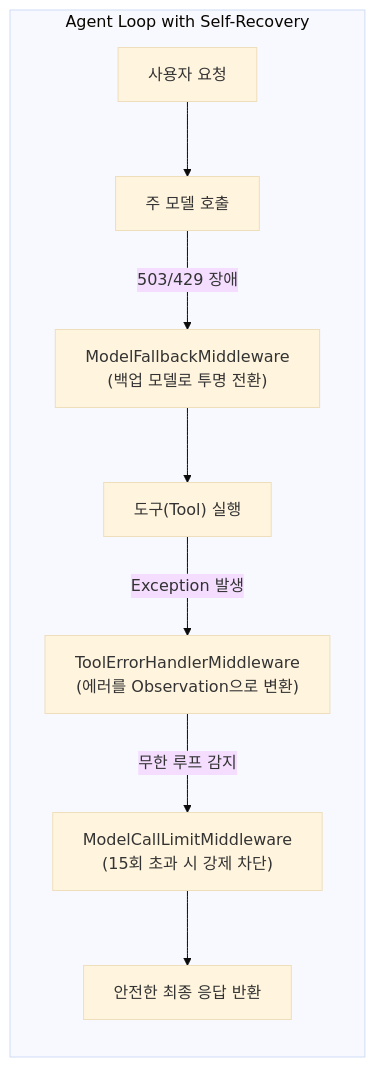
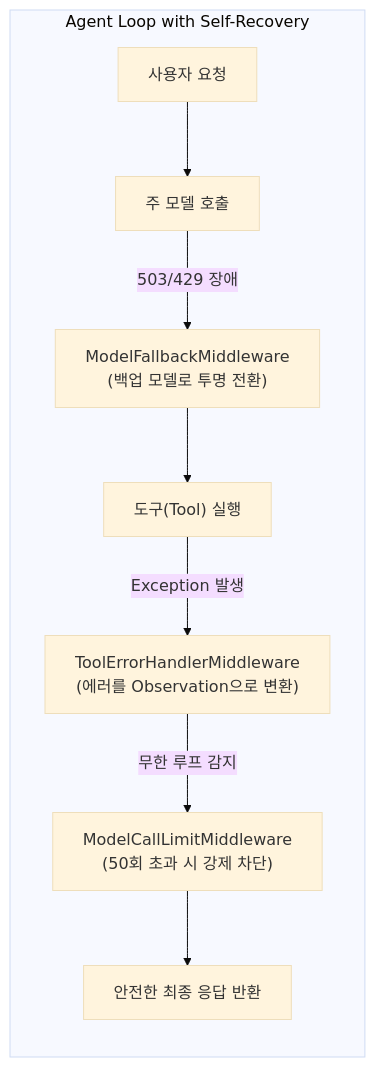
One commit to hukim1112/harness_agent changed the diagram in missions/02_mission_self_recovery_and_subagent.md. Above: the diagram before and after it, drawn with Mermaid (base theme). The commit also changed other lines of this file and 99 other files, not shown here.

````diff
--- a/missions/02_mission_self_recovery_and_subagent.md
+++ b/missions/02_mission_self_recovery_and_subagent.md
@@ -26,11 +26,11 @@
 ```mermaid
 graph LR
     subgraph Agent Loop with Self-Recovery
         A["사용자 요청"] --> M["주 모델 호출"]
         M -->|503/429 장애| F["ModelFallbackMiddleware<br/>(백업 모델로 투명 전환)"]
         F --> T["도구(Tool) 실행"]
         T -->|Exception 발생| E["ToolErrorHandlerMiddleware<br/>(에러를 Observation으로 변환)"]
-        E -->|무한 루프 감지| L["ModelCallLimitMiddleware<br/>(15회 초과 시 강제 차단)"]
+        E -->|무한 루프 감지| L["ModelCallLimitMiddleware<br/>(50회 초과 시 강제 차단)"]
         L --> R["안전한 최종 응답 반환"]
     end
 ```
````
